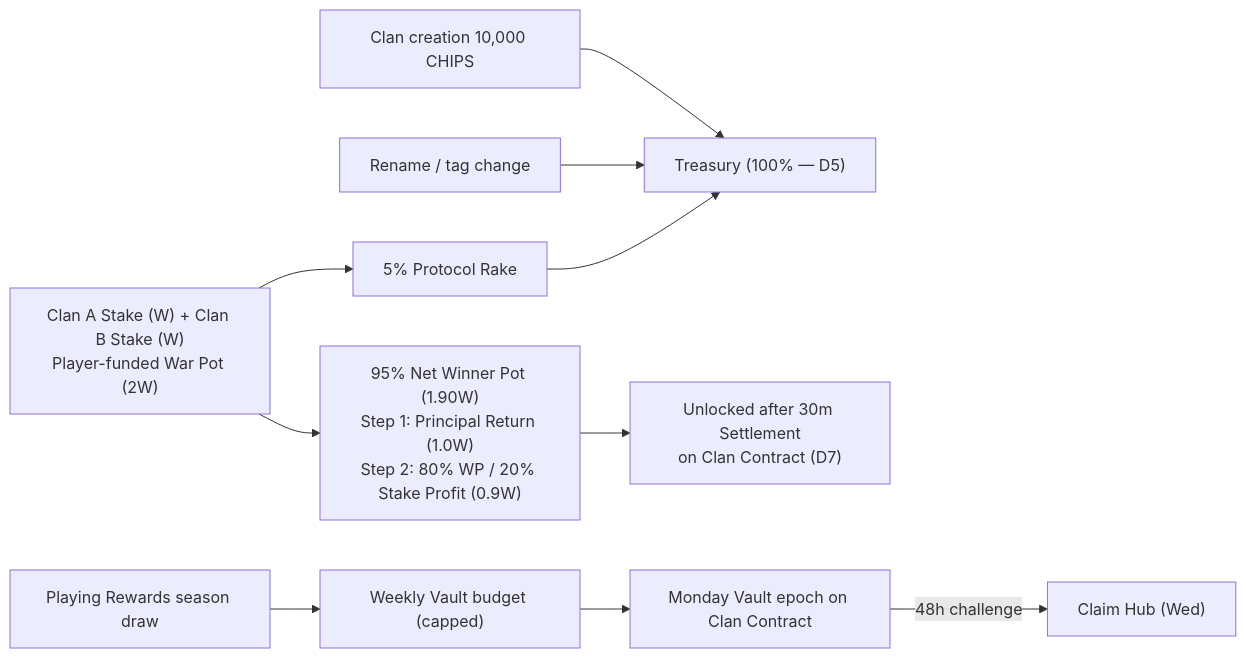
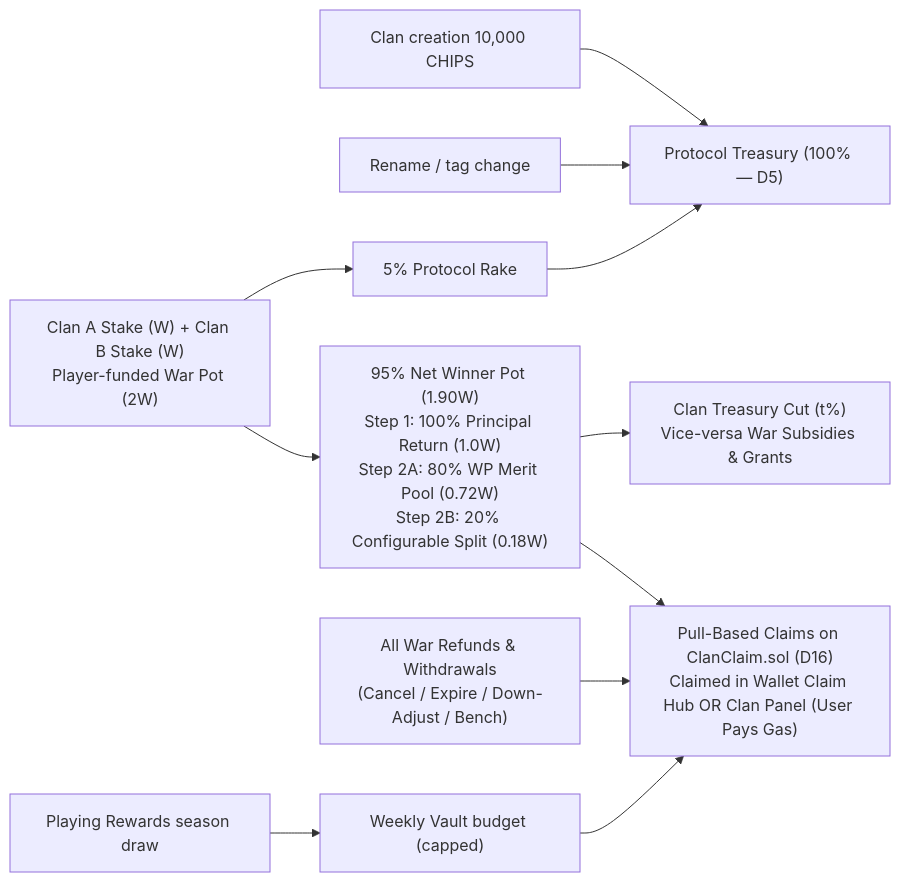
The ninth of 10 diagrams in docs/planning/CLAN_SYSTEM_PLAN.md (mrongSubho/ludo-base), drawn with Mermaid before and after one commit. The commit also changed other lines of this file, not shown here.

Commit message:
docs(planning): war fixtures (3N matrix), prep scheduling, reschedules, walkovers, pull claims, 80/20 leader splitter & clan treasury

````diff
--- a/docs/planning/CLAN_SYSTEM_PLAN.md
+++ b/docs/planning/CLAN_SYSTEM_PLAN.md
@@ -590,12 +803,13 @@
 ```mermaid
 flowchart LR
-    Create["Clan creation 10,000 CHIPS"] --> Treasury["Treasury (100% — D5)"]
+    Create["Clan creation 10,000 CHIPS"] --> Treasury["Protocol Treasury (100% — D5)"]
     Rename["Rename / tag change"] --> Treasury
     WarStakes["Clan A Stake (W) + Clan B Stake (W)\nPlayer-funded War Pot (2W)"] --> WarRake["5% Protocol Rake"]
     WarRake --> Treasury
-    WarStakes --> WarWinner["95% Net Winner Pot (1.90W)\nStep 1: Principal Return (1.0W)\nStep 2: 80% WP / 20% Stake Profit (0.9W)"]
-    WarWinner --> WarClaim["Unlocked after 30m Settlement\non Clan Contract (D7)"]
+    WarStakes --> WarWinner["95% Net Winner Pot (1.90W)\nStep 1: 100% Principal Return (1.0W)\nStep 2A: 80% WP Merit Pool (0.72W)\nStep 2B: 20% Configurable Split (0.18W)"]
+    WarWinner --> ClanTreasury["Clan Treasury Cut (t%)\nVice-versa War Subsidies & Grants"]
+    WarWinner --> WarClaim["Pull-Based Claims on ClanClaim.sol (D16)\nClaimed in Wallet Claim Hub OR Clan Panel (User Pays Gas)"]
+    Refunds["All War Refunds & Withdrawals\n(Cancel / Expire / Down-Adjust / Bench)"] --> WarClaim
     Play["Playing Rewards season draw"] --> VaultBudget["Weekly Vault budget (capped)"]
-    VaultBudget --> Epoch["Monday Vault epoch on Clan Contract"]
-    Epoch -->|"48h challenge"| Claim["Claim Hub (Wed)"]
+    VaultBudget --> WarClaim
 ```
````
